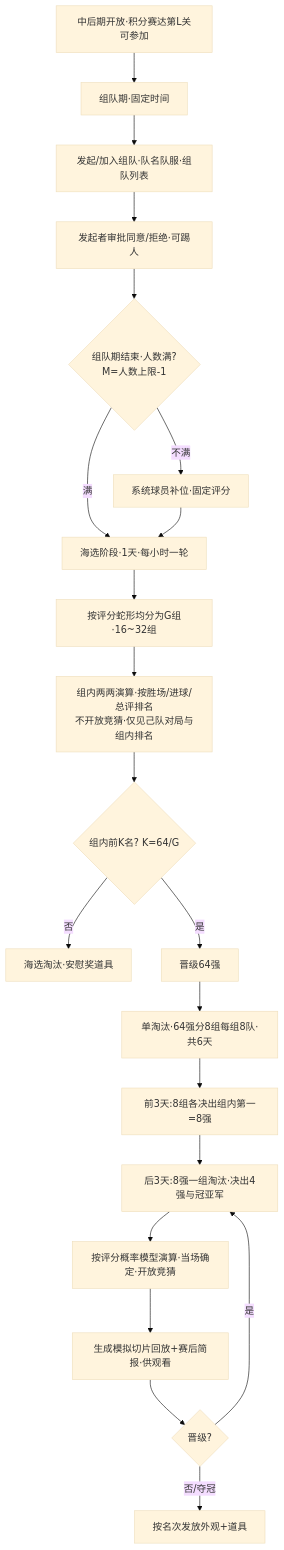
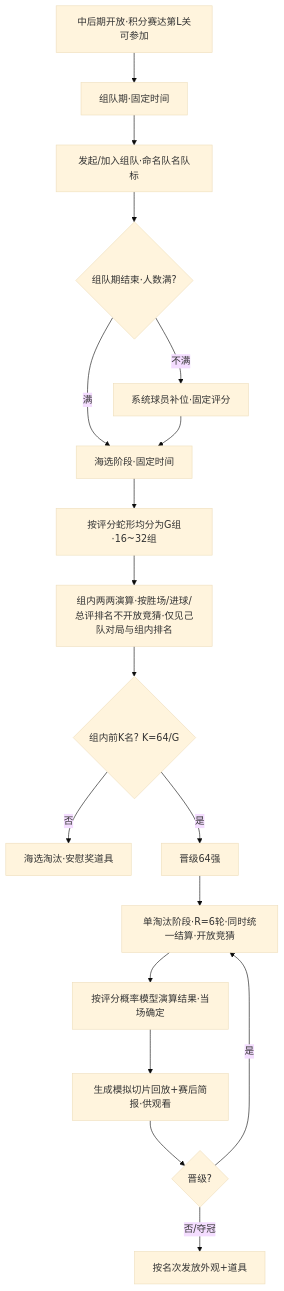
Before and after one commit to RehearsalTap4Fun/MindToDoc: the sixth of 7 diagrams in output/2026世界杯主题活动-开发文档.md, drawn with Mermaid (base theme). The commit also changed other lines of this file, not shown here.

````diff
--- a/output/2026世界杯主题活动-开发文档.md
+++ b/output/2026世界杯主题活动-开发文档.md
@@ -605,23 +658,20 @@
 ```mermaid
 flowchart TD
     A[中后期开放·积分赛达第L关可参加] --> B[组队期·固定时间]
-    B --> C[发起/加入组队·队名队服·组队列表]
-    C --> C1[发起者审批同意/拒绝·可踢人]
-    C1 --> D{组队期结束·人数满?<br/>M=人数上限-1}
-    D -->|不满| E[系统球员补位·固定评分]
-    D -->|满| F[海选阶段·1天·每小时一轮]
-    E --> F
-    F --> G[按评分蛇形均分为G组·16~32组]
-    G --> H[组内两两演算·按胜场/进球/总评排名<br/>不开放竞猜·仅见己队对局与组内排名]
-    H --> I{组内前K名? K=64/G}
-    I -->|否| J[海选淘汰·安慰奖道具]
-    I -->|是| K[晋级64强]
-    K --> L[单淘汰·64强分8组每组8队·共6天]
-    L --> L1[前3天:8组各决出组内第一=8强]
-    L1 --> L2[后3天:8强一组淘汰·决出4强与冠亚军]
-    L2 --> M[按评分概率模型演算·当场确定·开放竞猜]
-    M --> N[生成模拟切片回放+赛后简报·供观看]
-    N --> O{晋级?}
-    O -->|是| L2
-    O -->|否/夺冠| P[按名次发放外观+道具]
+    B --> C[发起/加入组队·命名队名队标]
+    C --> D{组队期结束·人数满?}
+D -->|不满| E[系统球员补位·固定评分]
+ D -->|满| F[海选阶段·固定时间]
+ E --> F
+ F --> G[按评分蛇形均分为G组·16~32组]
+ G --> H[组内两两演算·按胜场/进球/总评排名不开放竞猜·仅见己队对局与组内排名]
+ H --> I{组内前K名? K=64/G}
+ I -->|否| J[海选淘汰·安慰奖道具]
+ I -->|是| K[晋级64强]
+ K --> L[单淘汰阶段·R=6轮·同时统一结算·开放竞猜]
+ L --> M[按评分概率模型演算结果·当场确定]
+ M --> N[生成模拟切片回放+赛后简报·供观看]
+ N --> O{晋级?}
+ O -->|是| L
+ O -->|否/夺冠| P[按名次发放外观+道具]
 ```
````
